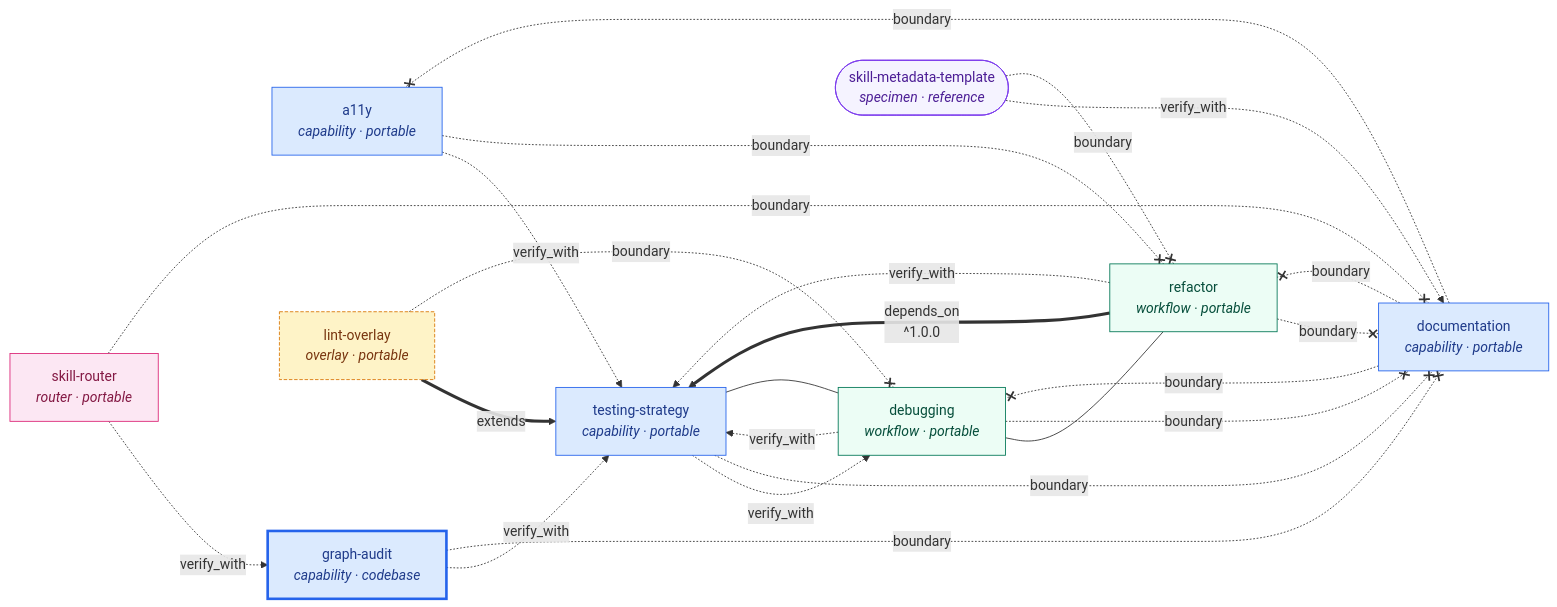
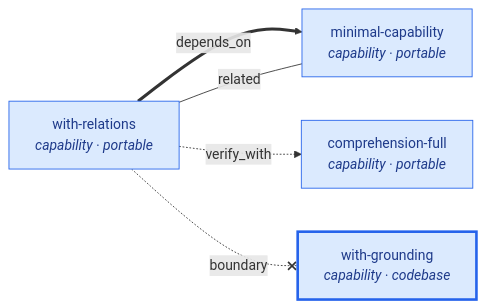
One commit to jacob-balslev/skill-graph changed the fifth of 5 diagrams in SKILL_GRAPH.md. Above: the diagram before and after it, drawn with Mermaid. The commit also changed other lines of this file and 3 other files, not shown here.

First line of the commit message:
docs+tooling: Skill Graph clarity pass (Current State block, source/release topology, fixture graph, drift sentinel)

````diff
--- a/SKILL_GRAPH.md
+++ b/SKILL_GRAPH.md
@@ -326,55 +360,24 @@
 ```mermaid
 flowchart LR
-  A11Y["a11y<br/><i>capability · portable</i>"]
-  DBG["debugging<br/><i>workflow · portable</i>"]
-  DOC["documentation<br/><i>capability · portable</i>"]
-  GA["graph-audit<br/><i>capability · codebase</i>"]
-  LO["lint-overlay<br/><i>overlay · portable</i>"]
-  RF["refactor<br/><i>workflow · portable</i>"]
-  SR["skill-router<br/><i>router · portable</i>"]
-  TS["testing-strategy<br/><i>capability · portable</i>"]
-  ST(["skill-metadata-template<br/><i>specimen · reference</i>"])
+  MIN["minimal-capability<br/><i>capability · portable</i>"]
+  GR["with-grounding<br/><i>capability · codebase</i>"]
+  REL["with-relations<br/><i>capability · portable</i>"]
+  COMP["comprehension-full<br/><i>capability · portable</i>"]
 
   %% depends_on — thick solid, load-bearing
-  RF ==>|depends_on<br/>^1.0.0| TS
-  LO ==>|extends| TS
+  REL ==>|depends_on| MIN
 
   %% verify_with — dashed, co-load for confidence
-  A11Y -.->|verify_with| TS
-  DBG -.->|verify_with| TS
-  GA  -.->|verify_with| TS
-  RF  -.->|verify_with| TS
-  TS  -.->|verify_with| DBG
-  SR  -.->|verify_with| GA
-  ST  -.->|verify_with| DOC
+  REL -.->|verify_with| COMP
 
-  %% adjacent — thin undirected, suggested co-reading
-  DBG --- TS
-  DBG --- RF
+  %% related — thin, suggested co-reading
+  REL ---|related| MIN
 
   %% boundary — red, anti-ownership
-  A11Y -. boundary .-x RF
-  DBG  -. boundary .-x DOC
-  DOC  -. boundary .-x DBG
-  DOC  -. boundary .-x A11Y
-  DOC  -. boundary .-x RF
-  GA   -. boundary .-x DOC
-  LO   -. boundary .-x DBG
-  RF   -. boundary .-x DOC
-  SR   -. boundary .-x DOC
-  ST   -. boundary .-x RF
-  TS   -. boundary .-x DOC
+  REL -. boundary .-x GR
 
   classDef capability fill:#dbeafe,stroke:#2563eb,color:#1e3a8a
-  classDef workflow fill:#ecfdf5,stroke:#047857,color:#064e3b
-  classDef router fill:#fce7f3,stroke:#db2777,color:#831843
-  classDef overlay fill:#fef3c7,stroke:#d97706,color:#78350f,stroke-dasharray:4 2
-  classDef specimen fill:#f5f3ff,stroke:#7c3aed,color:#4c1d95
   classDef codebase stroke-width:3px
-  class A11Y,DOC,GA,TS capability
-  class DBG,RF workflow
-  class SR router
-  class LO overlay
-  class ST specimen
-  class GA codebase
+  class MIN,GR,REL,COMP capability
+  class GR codebase
 ```
````
